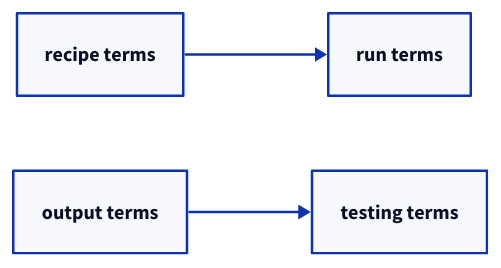
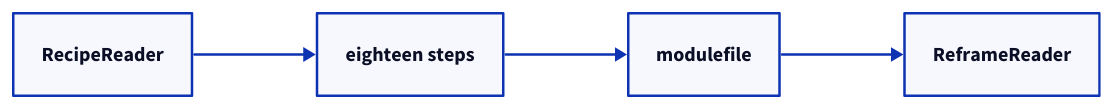
Before and after one commit to HaoZeke/what-easybuild-is-doing: the diagram in source/_static/diagrams/glossary-2.d2, drawn with D2. The commit also changed 3 other files, not shown here.

First line of the commit message:
fix(book): one colophon figure, glossary labels, build environment

```diff
--- a/source/_static/diagrams/glossary-2.d2
+++ b/source/_static/diagrams/glossary-2.d2
@@ -1,7 +1,8 @@
 direction: right
-n0: "recipe terms"
-n1: "run terms"
-n2: "output terms"
-n3: "testing terms"
+n0: "RecipeReader"
+n1: "eighteen steps"
+n2: "modulefile"
+n3: "ReframeReader"
 n0 -> n1
+n1 -> n2
 n2 -> n3
```
